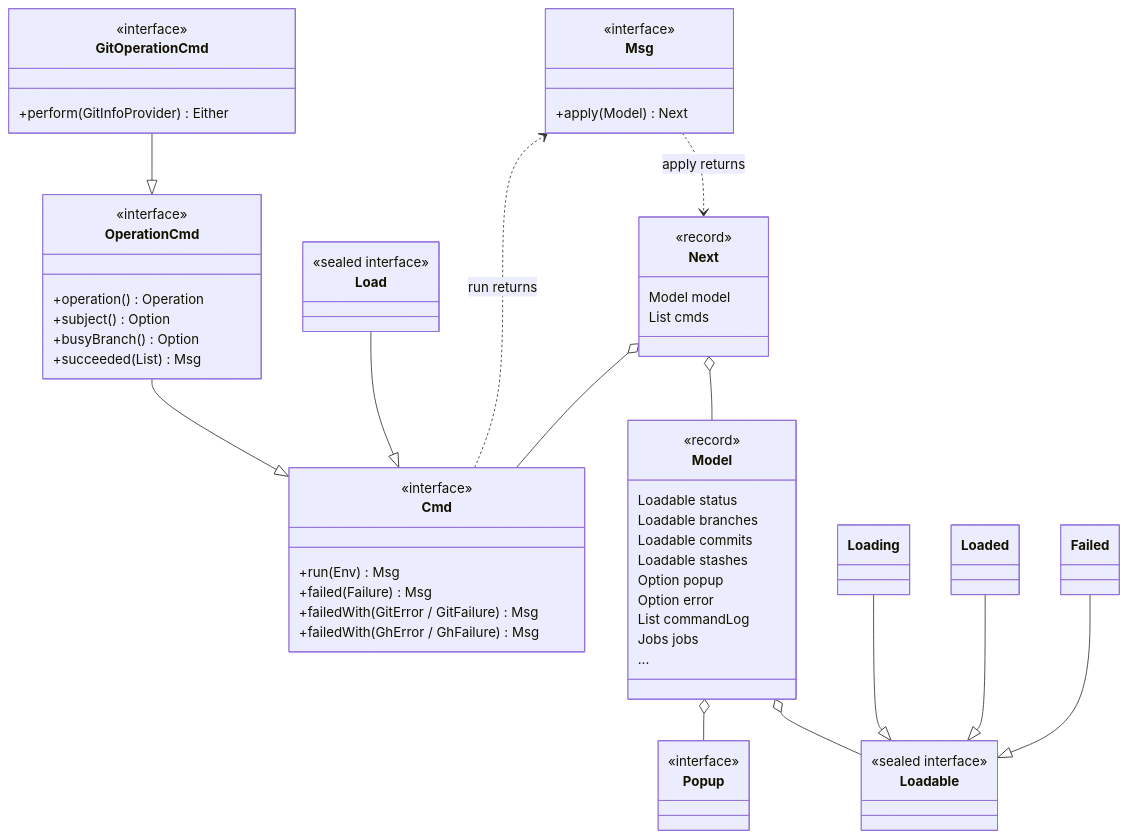
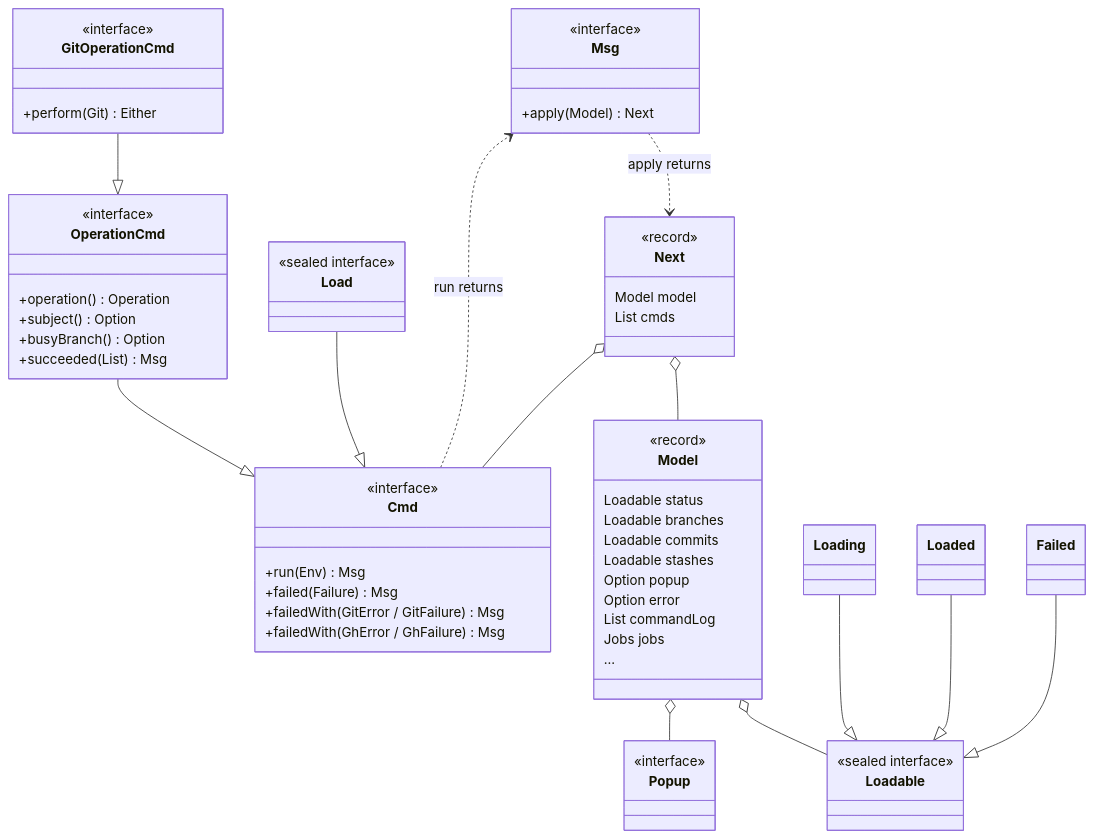
The third of 7 diagrams in ARCHITECTURE.md (cvanfleteren/jazygit), drawn with Mermaid before and after one commit. The commit also changed other lines of this file and 117 other files, not shown here.

````diff
--- a/ARCHITECTURE.md
+++ b/ARCHITECTURE.md
@@ -670,63 +670,63 @@
 ```mermaid
 classDiagram
     class Msg {
         <<interface>>
         +apply(Model) Next
     }
     class Next {
         <<record>>
         Model model
         List cmds
     }
     class Cmd {
         <<interface>>
         +run(Env) Msg
         +failed(Failure) Msg
         +failedWith(GitError / GitFailure) Msg
         +failedWith(GhError / GhFailure) Msg
     }
     class Load {
         <<sealed interface>>
     }
     class OperationCmd {
         <<interface>>
         +operation() Operation
         +subject() Option
         +busyBranch() Option
         +succeeded(List) Msg
     }
     class GitOperationCmd {
         <<interface>>
-        +perform(GitInfoProvider) Either
+        +perform(Git) Either
     }
     class Model {
         <<record>>
         Loadable status
         Loadable branches
         Loadable commits
         Loadable stashes
         Option popup
         Option error
         List commandLog
         Jobs jobs
         ...
     }
     class Loadable {
         <<sealed interface>>
     }
     Loading --|> Loadable
     Loaded --|> Loadable
     Failed --|> Loadable
     class Popup {
         <<interface>>
     }
     Msg ..> Next : apply returns
     Next o-- Model
     Next o-- Cmd
     Load --|> Cmd
     OperationCmd --|> Cmd
     GitOperationCmd --|> OperationCmd
     Model o-- Loadable
     Model o-- Popup
     Cmd ..> Msg : run returns
 ```
````
